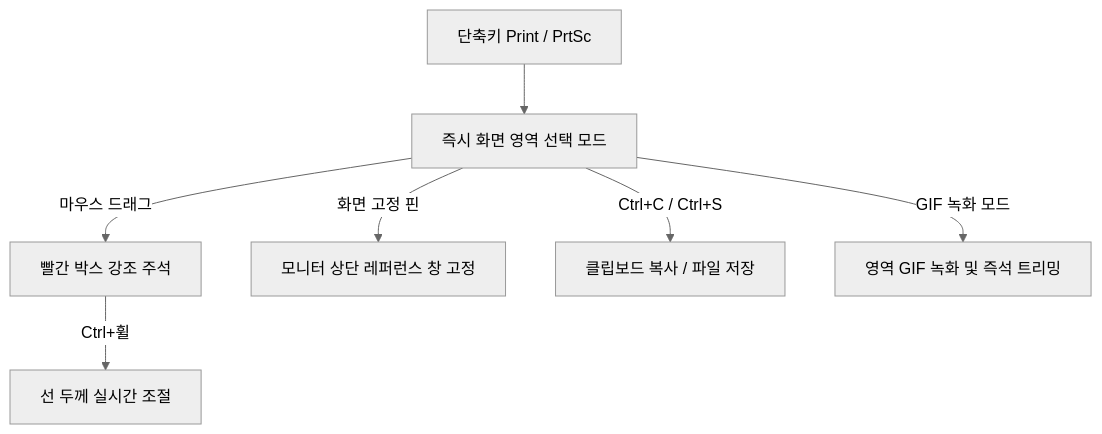
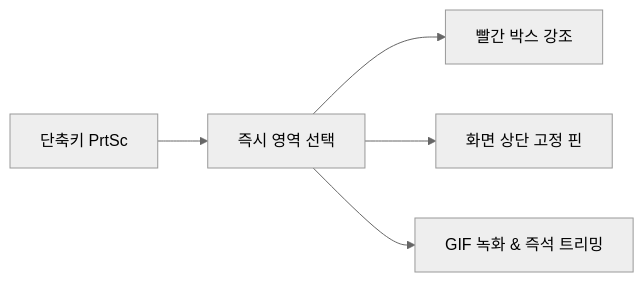
Before and after one commit to JaeHyeon-Jo/JaeHyeon-Jo.github.io: the first of 2 diagrams in content/개발/lite-capture-개발기.md, drawn with Mermaid (neutral theme). The commit also changed other lines of this file and 4 other files, not shown here.

Commit message:
style: 블로그 전반 텍스트 50% 단축 및 그림/다이어그램/표 중심(Visual-First) 레이아웃으로 개편

````diff
--- a/content/개발/lite-capture-개발기.md
+++ b/content/개발/lite-capture-개발기.md
@@ -52,9 +38,7 @@
 ```mermaid
-graph TD
-    A[단축키 Print / PrtSc] --> B[즉시 화면 영역 선택 모드]
-    B -->|마우스 드래그| C[빨간 박스 강조 주석]
-    C -->|Ctrl+휠| D[선 두께 실시간 조절]
-    B -->|화면 고정 핀| E[모니터 상단 레퍼런스 창 고정]
-    B -->|Ctrl+C / Ctrl+S| F[클립보드 복사 / 파일 저장]
-    B -->|GIF 녹화 모드| G[영역 GIF 녹화 및 즉석 트리밍]
+graph LR
+    A[단축키 PrtSc] --> B[즉시 영역 선택]
+    B --> C[빨간 박스 강조]
+    B --> D[화면 상단 고정 핀]
+    B --> E[GIF 녹화 & 즉석 트리밍]
 ```
````
